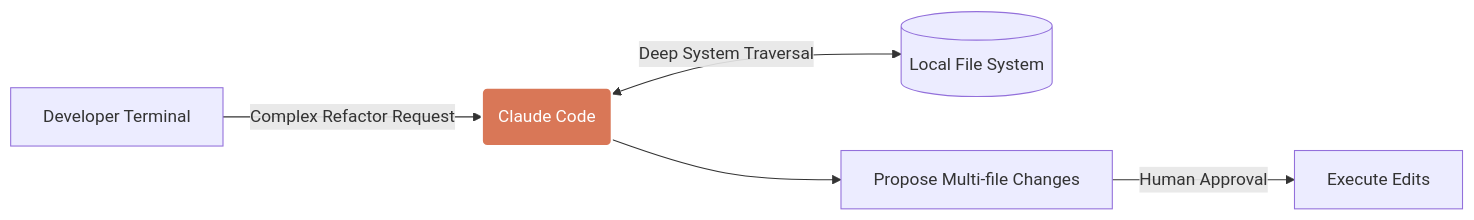
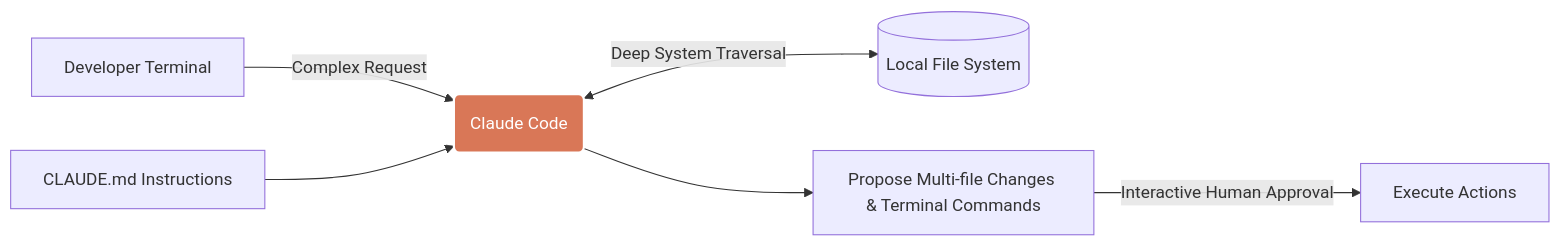
The diagram in documentation/docs/providers/claude.md (vinipx/agentic-design), drawn with Mermaid before and after one commit. The commit also changed other lines of this file and 8 other files, not shown here.

````diff
--- a/documentation/docs/providers/claude.md
+++ b/documentation/docs/providers/claude.md
@@ -11,8 +11,9 @@
 ```mermaid
 flowchart LR
-    A[Developer Terminal] -->|Complex Refactor Request| B(Claude Code)
-    B <-->|Deep System Traversal| C[(Local File System)]
-    B --> D[Propose Multi-file Changes]
-    D -->|Human Approval| E[Execute Edits]
+    A[Developer Terminal] -->|Complex Request| B(Claude Code)
+    C[CLAUDE.md Instructions] --> B
+    B <-->|Deep System Traversal| D[(Local File System)]
+    B --> E[Propose Multi-file Changes & Terminal Commands]
+    E -->|Interactive Human Approval| F[Execute Actions]
     style B fill:#d97757,stroke:#fff,stroke-width:2px,color:#fff
 ```
````
